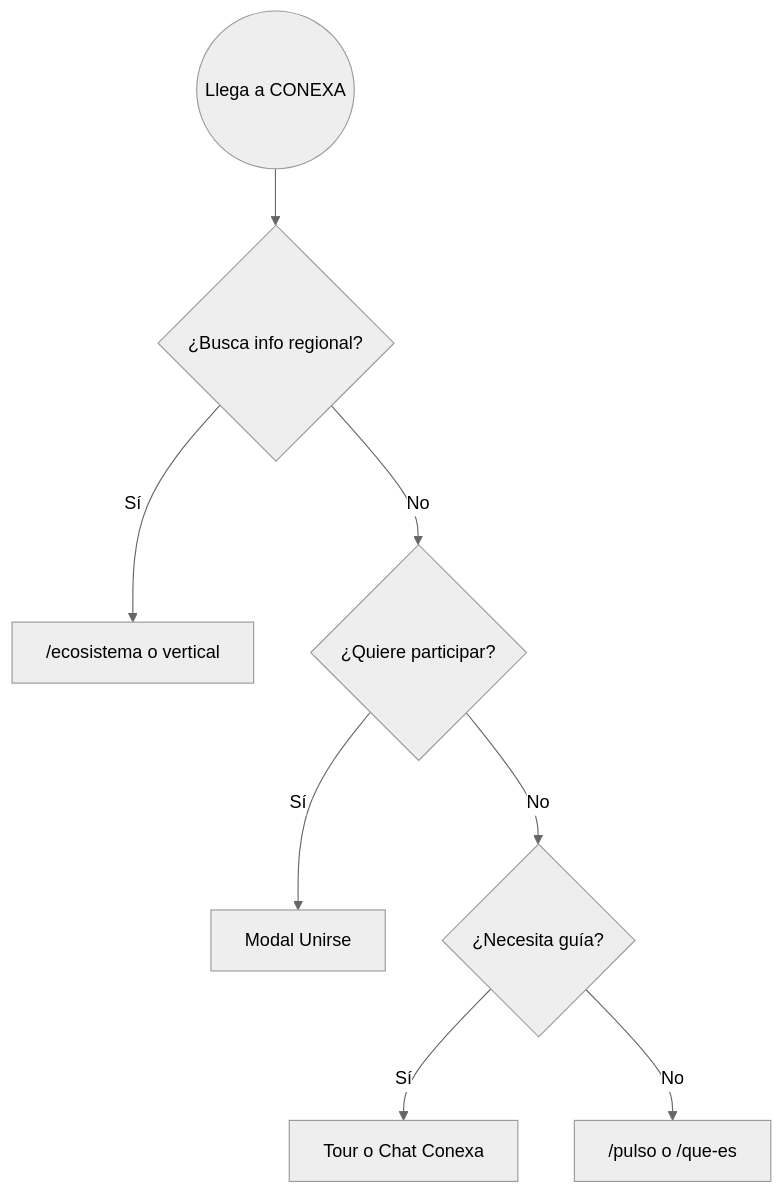
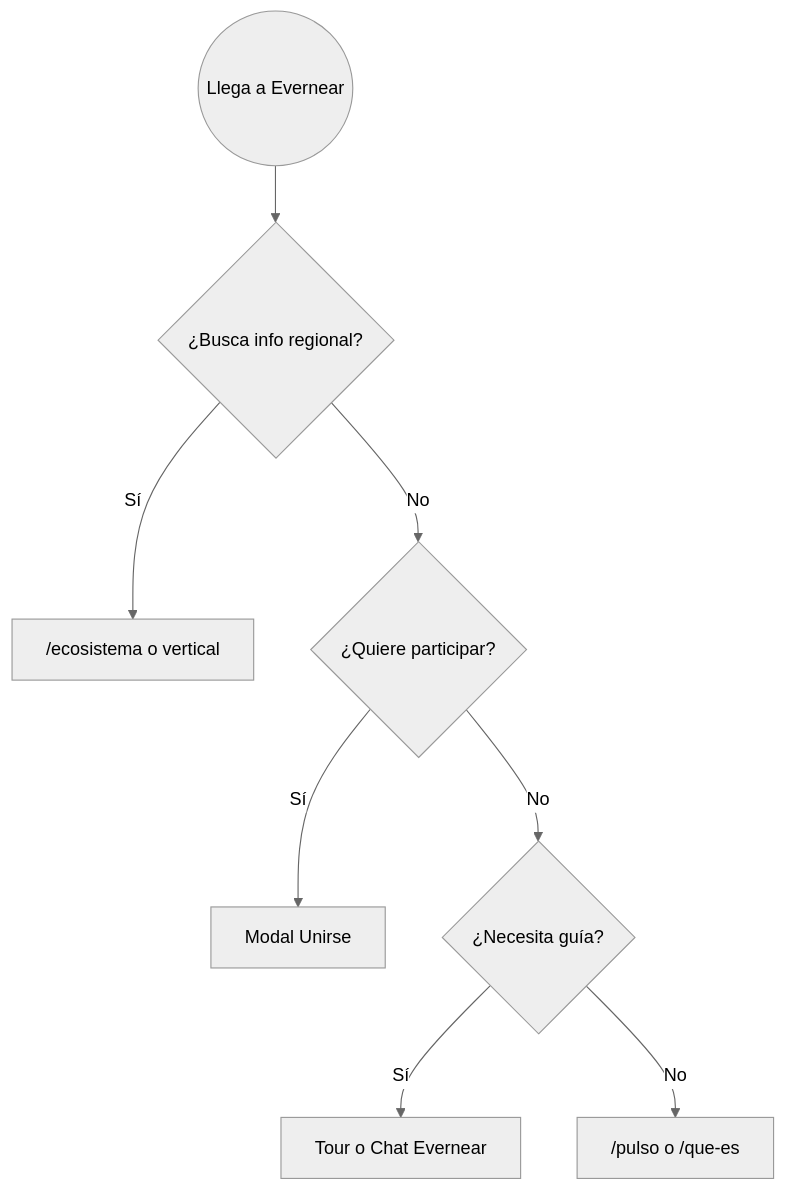
One commit to evernear-ig/evernear-site changed the ninth of 9 diagrams in docs/flujos-usuario.md. Above: the diagram before and after it, drawn with Mermaid (neutral theme). The commit also changed other lines of this file and 264 other files, not shown here.

First line of the commit message:
Rebrand codebase from Trinexus/CONEXA to Evernear.

````diff
--- a/docs/flujos-usuario.md
+++ b/docs/flujos-usuario.md
@@ -161,10 +161,10 @@
 ```mermaid
 flowchart TD
-  Start((Llega a CONEXA)) --> Q1{¿Busca info regional?}
+  Start((Llega a Evernear)) --> Q1{¿Busca info regional?}
   Q1 -->|Sí| Eco["/ecosistema o vertical"]
   Q1 -->|No| Q2{¿Quiere participar?}
   Q2 -->|Sí| Join["Modal Unirse"]
   Q2 -->|No| Q3{¿Necesita guía?}
-  Q3 -->|Sí| Mascot["Tour o Chat Conexa"]
+  Q3 -->|Sí| Mascot["Tour o Chat Evernear"]
   Q3 -->|No| Pulso["/pulso o /que-es"]
 ```
````
